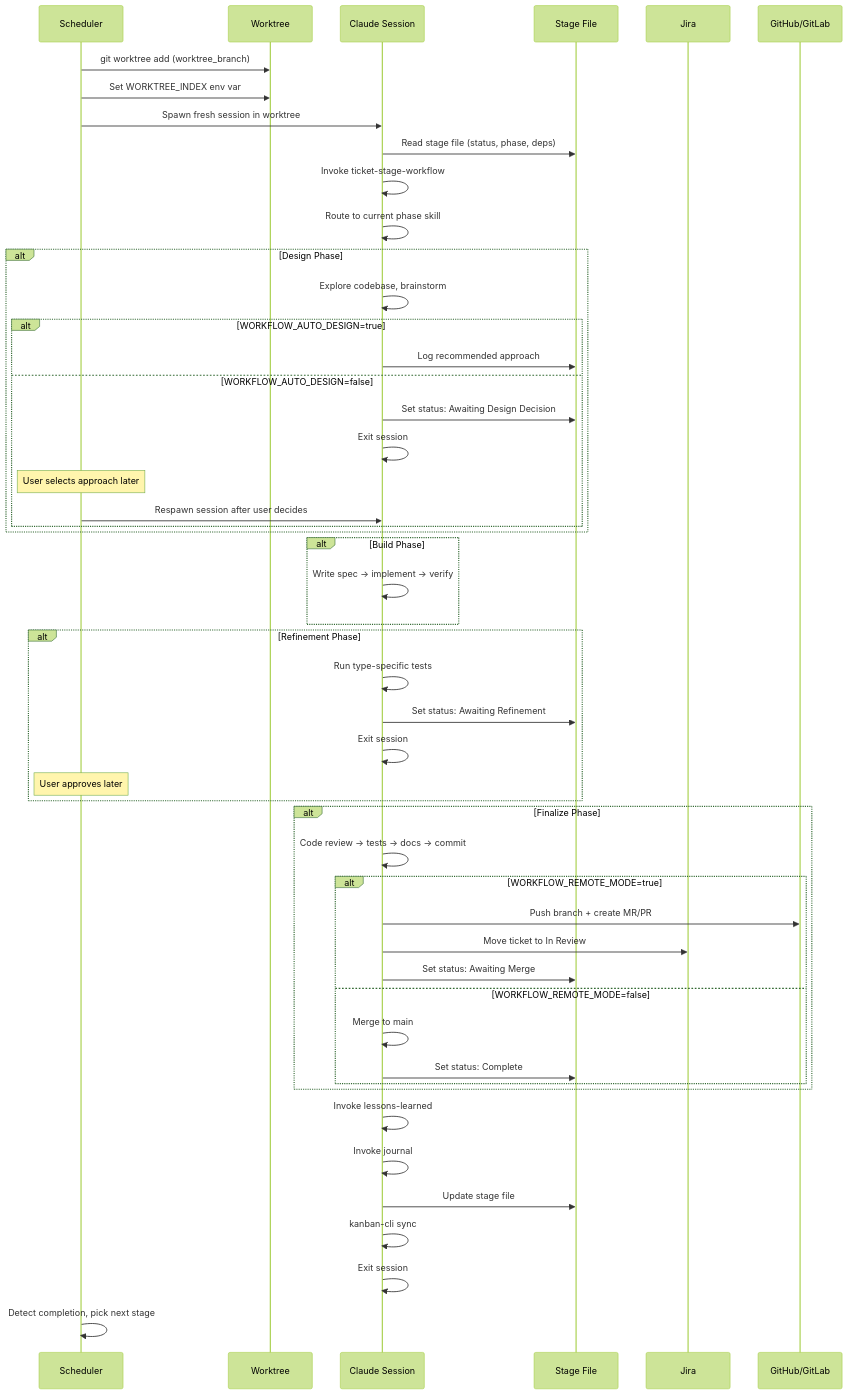
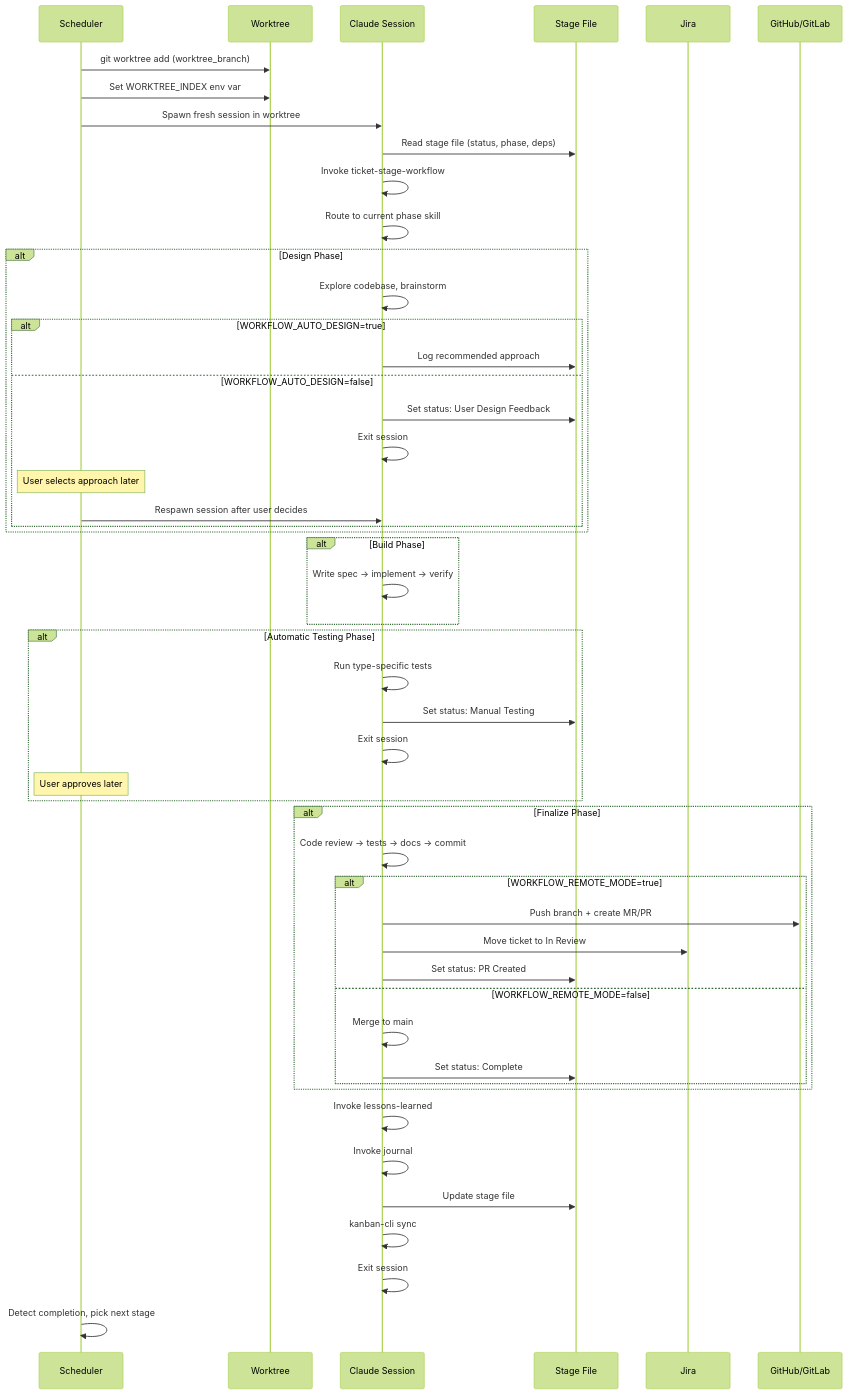
The seventh of 24 diagrams in docs/plans/2026-02-16-kanban-workflow-end-state.md (jakekausler/claude-code-workflow), drawn with Mermaid (forest theme) before and after one commit. The commit also changed other lines of this file, not shown here.

Commit message:
docs: update end-state vision with modularity architecture and column renames

````diff
--- a/docs/plans/2026-02-16-kanban-workflow-end-state.md
+++ b/docs/plans/2026-02-16-kanban-workflow-end-state.md
@@ -367,58 +368,58 @@
 ```mermaid
 sequenceDiagram
     participant S as Scheduler
     participant W as Worktree
     participant C as Claude Session
     participant F as Stage File
     participant J as Jira
     participant G as GitHub/GitLab
 
     S->>W: git worktree add (worktree_branch)
     S->>W: Set WORKTREE_INDEX env var
     S->>C: Spawn fresh session in worktree
     C->>F: Read stage file (status, phase, deps)
     C->>C: Invoke ticket-stage-workflow
     C->>C: Route to current phase skill
 
     alt Design Phase
         C->>C: Explore codebase, brainstorm
         alt WORKFLOW_AUTO_DESIGN=true
             C->>F: Log recommended approach
         else WORKFLOW_AUTO_DESIGN=false
-            C->>F: Set status: Awaiting Design Decision
+            C->>F: Set status: User Design Feedback
             C->>C: Exit session
             Note over S: User selects approach later
             S->>C: Respawn session after user decides
         end
     end
 
     alt Build Phase
         C->>C: Write spec → implement → verify
     end
 
-    alt Refinement Phase
+    alt Automatic Testing Phase
         C->>C: Run type-specific tests
-        C->>F: Set status: Awaiting Refinement
+        C->>F: Set status: Manual Testing
         C->>C: Exit session
         Note over S: User approves later
     end
 
     alt Finalize Phase
         C->>C: Code review → tests → docs → commit
         alt WORKFLOW_REMOTE_MODE=true
             C->>G: Push branch + create MR/PR
             C->>J: Move ticket to In Review
-            C->>F: Set status: Awaiting Merge
+            C->>F: Set status: PR Created
         else WORKFLOW_REMOTE_MODE=false
             C->>C: Merge to main
             C->>F: Set status: Complete
         end
     end
 
     C->>C: Invoke lessons-learned
     C->>C: Invoke journal
     C->>F: Update stage file
     C->>C: kanban-cli sync
     C->>C: Exit session
     S->>S: Detect completion, pick next stage
 ```
````
